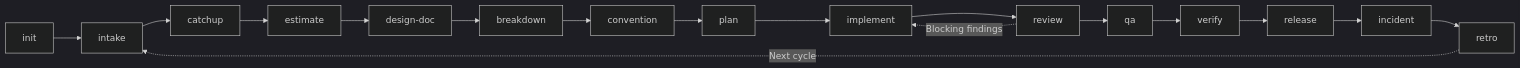
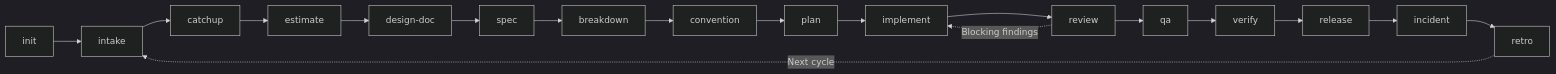
Before and after one commit to lamngockhuong/aiteamkit: the diagram in README.md, drawn with Mermaid (dark theme). The commit also changed other lines of this file and 38 other files, not shown here.

````diff
--- a/README.md
+++ b/README.md
@@ -15,9 +15,9 @@
 ```mermaid
 flowchart LR
     I["init"] --> IN["intake"] --> C["catchup"] --> E["estimate"]
-    E --> D["design-doc"] --> B["breakdown"] --> CV["convention"] --> P["plan"]
+    E --> D["design-doc"] --> SP["spec"] --> B["breakdown"] --> CV["convention"] --> P["plan"]
     P --> IM["implement"] --> R["review"] --> Q["qa"] --> V["verify"] --> RL["release"]
     R -.->|Blocking findings| IM
     RL --> IC["incident"] --> RT["retro"]
     RT -.->|Next cycle| IN
 ```
````
